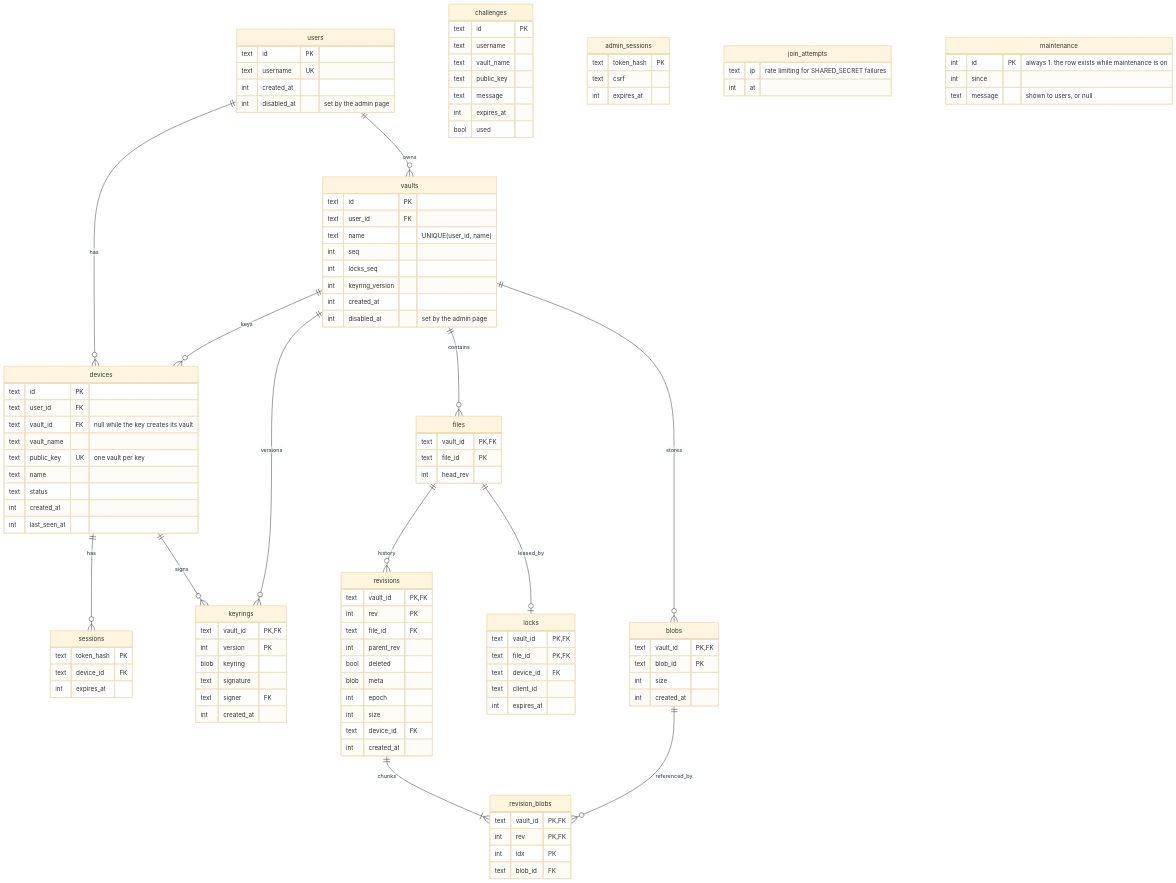
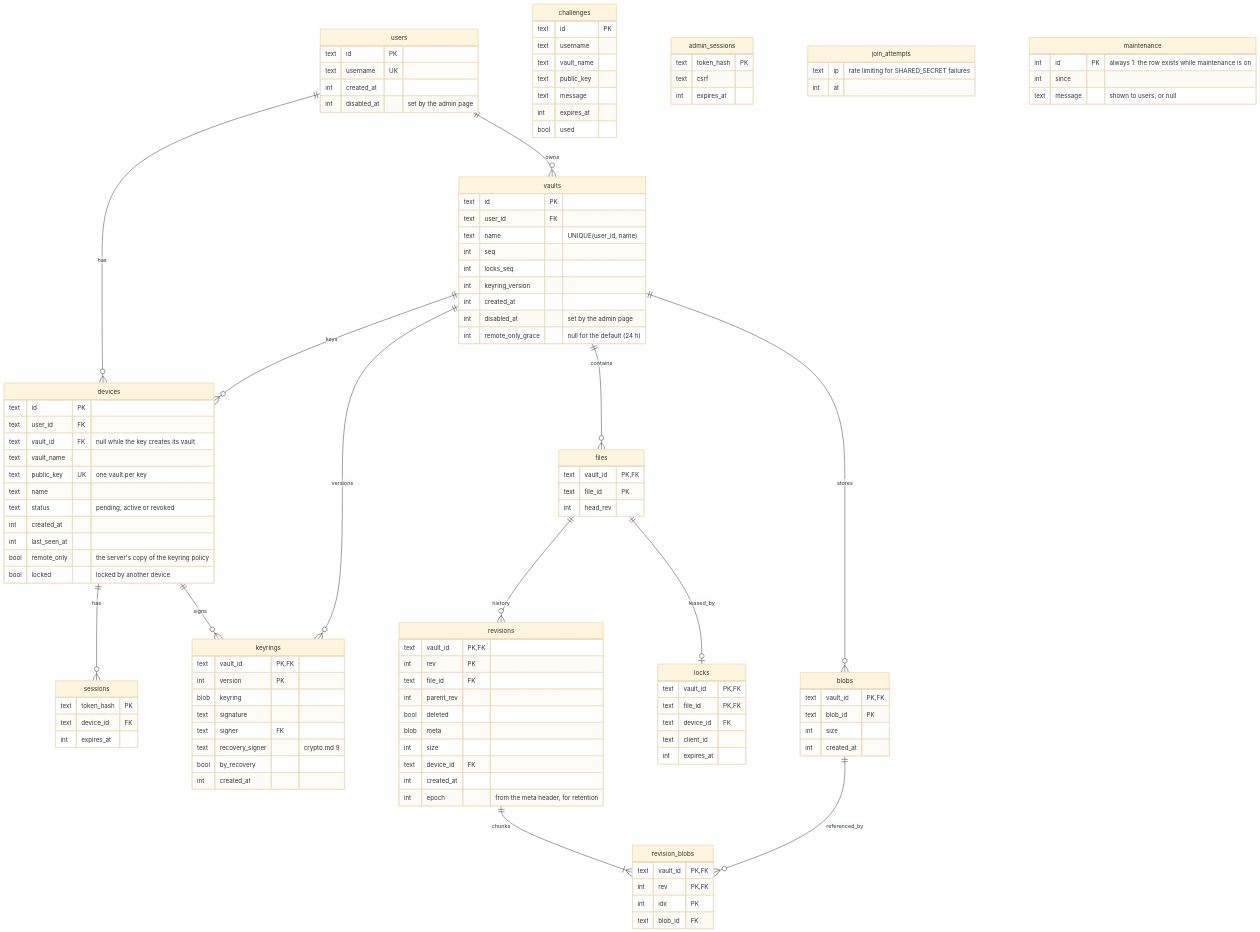
One commit to ibehren1/obsidian-vault-syncryption-beta changed the second of 3 diagrams in docs/architecture.md. Above: the diagram before and after it, drawn with Mermaid (base theme). The commit also changed other lines of this file and 28 other files, not shown here.

Commit message:
Release 0.1.21 (remote-only@9b36640)

```diff
--- a/docs/architecture.md
+++ b/docs/architecture.md
@@ -90,9 +91,11 @@
         text vault_name
         text public_key UK "one vault per key"
         text name
-        text status
+        text status "pending, active or revoked"
         int created_at
         int last_seen_at
+        bool remote_only "the server's copy of the keyring policy"
+        bool locked "locked by another device"
     }
     sessions {
         text token_hash PK
@@ -117,6 +120,7 @@
         int keyring_version
         int created_at
         int disabled_at "set by the admin page"
+        int remote_only_grace "null for the default (24 h)"
     }
     keyrings {
         text vault_id PK, FK
@@ -124,6 +128,8 @@
         blob keyring
         text signature
         text signer FK
+        text recovery_signer "crypto.md 9"
+        bool by_recovery
         int created_at
     }
     files {
@@ -138,10 +144,10 @@
         int parent_rev
         bool deleted
         blob meta
-        int epoch
         int size
         text device_id FK
         int created_at
+        int epoch "from the meta header, for retention"
     }
     revision_blobs {
         text vault_id PK, FK
```
